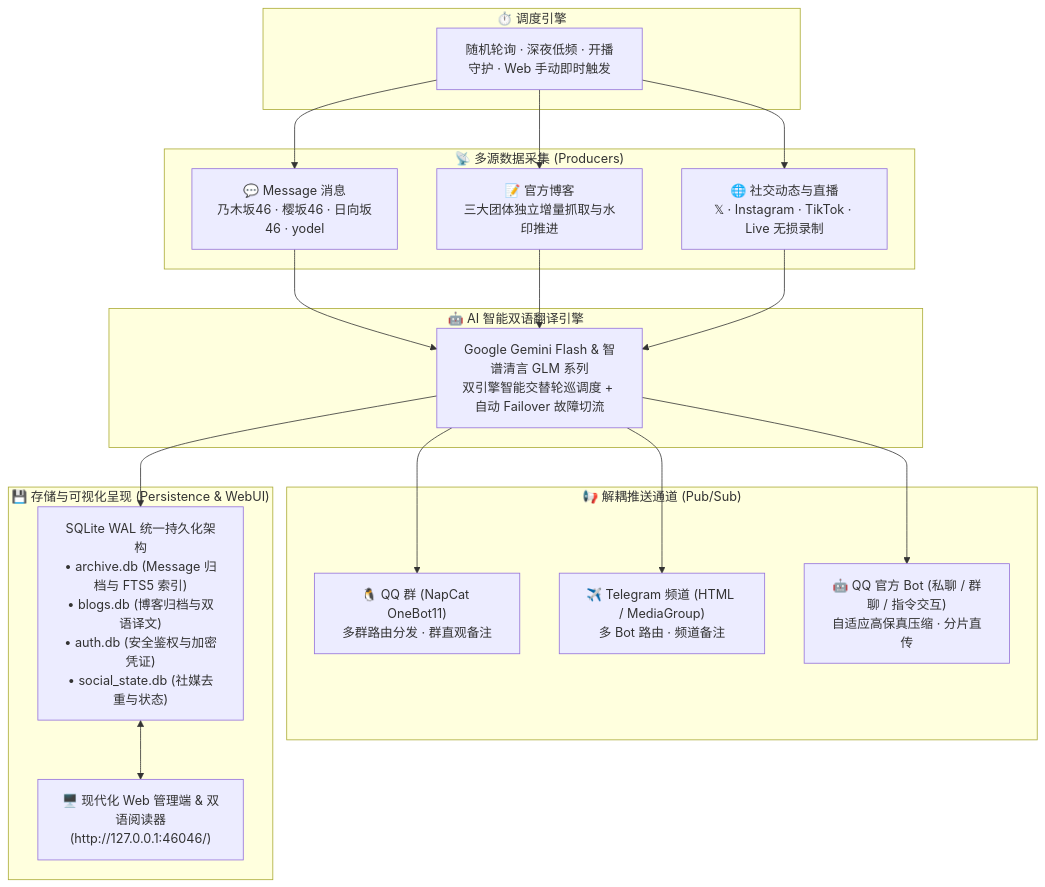
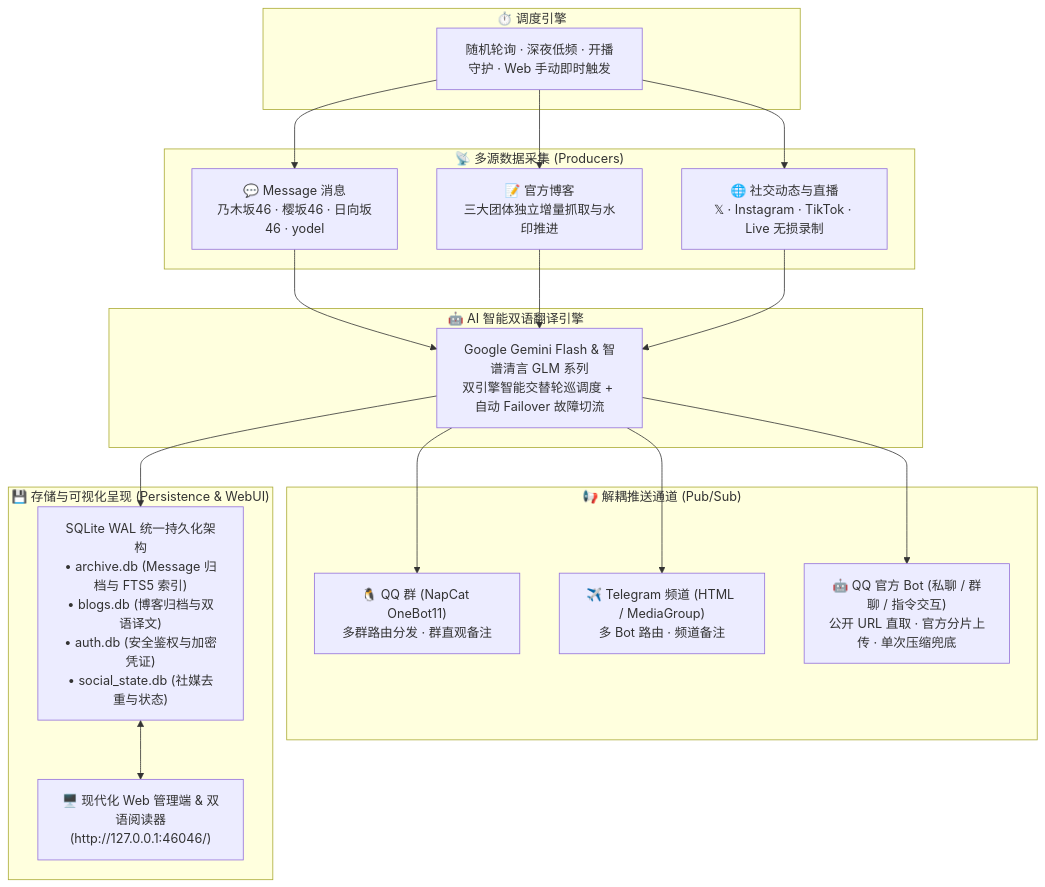
The first of 3 diagrams in README.md (TomisatoNao/nogizaka-message-push), drawn with Mermaid before and after one commit. The commit also changed other lines of this file and 3 other files, not shown here.

````diff
--- a/README.md
+++ b/README.md
@@ -31,33 +31,33 @@
 ```mermaid
 flowchart TD
     subgraph S1["⏱️ 调度引擎"]
         Trigger["随机轮询 · 深夜低频 · 开播守护 · Web 手动即时触发"]
     end
 
     subgraph S2["📡 多源数据采集 (Producers)"]
         P1["💬 Message 消息<br/>乃木坂46 · 樱坂46 · 日向坂46 · yodel"]
         P2["📝 官方博客<br/>三大团体独立增量抓取与水印推进"]
         P3["🌐 社交动态与直播<br/>𝕏 · Instagram · TikTok · Live 无损录制"]
     end
 
     subgraph S3["🤖 AI 智能双语翻译引擎"]
         AI["Google Gemini Flash & 智谱清言 GLM 系列<br/>双引擎智能交替轮巡调度 + 自动 Failover 故障切流"]
     end
 
     subgraph S4["📢 解耦推送通道 (Pub/Sub)"]
         Push1["🐧 QQ 群 (NapCat OneBot11)<br/>多群路由分发 · 群直观备注"]
         Push2["✈️ Telegram 频道 (HTML / MediaGroup)<br/>多 Bot 路由 · 频道备注"]
-        Push3["🤖 QQ 官方 Bot (私聊 / 群聊 / 指令交互)<br/>自适应高保真压缩 · 分片直传"]
+        Push3["🤖 QQ 官方 Bot (私聊 / 群聊 / 指令交互)<br/>公开 URL 直取 · 官方分片上传 · 单次压缩兜底"]
     end
 
     subgraph S5["💾 存储与可视化呈现 (Persistence & WebUI)"]
         DB["SQLite WAL 统一持久化架构<br/>• archive.db (Message 归档与 FTS5 索引)<br/>• blogs.db (博客归档与双语译文)<br/>• auth.db (安全鉴权与加密凭证)<br/>• social_state.db (社媒去重与状态)"]
         WebUI["🖥️ 现代化 Web 管理端 & 双语阅读器<br/>(http://127.0.0.1:46046/)"]
     end
 
     Trigger --> P1 & P2 & P3
     P1 & P2 & P3 --> AI
     AI --> Push1 & Push2 & Push3
     AI --> DB
     DB <--> WebUI
 ```
````
